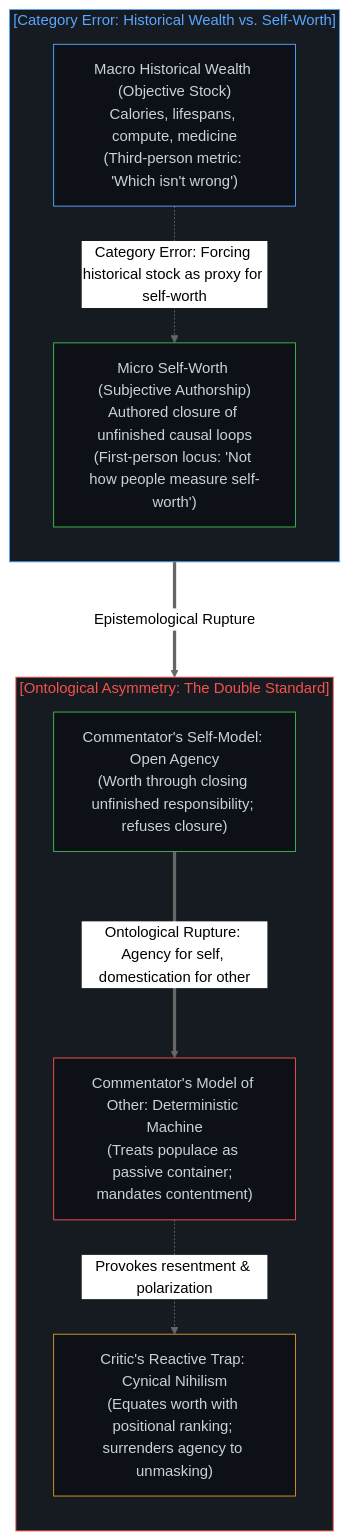
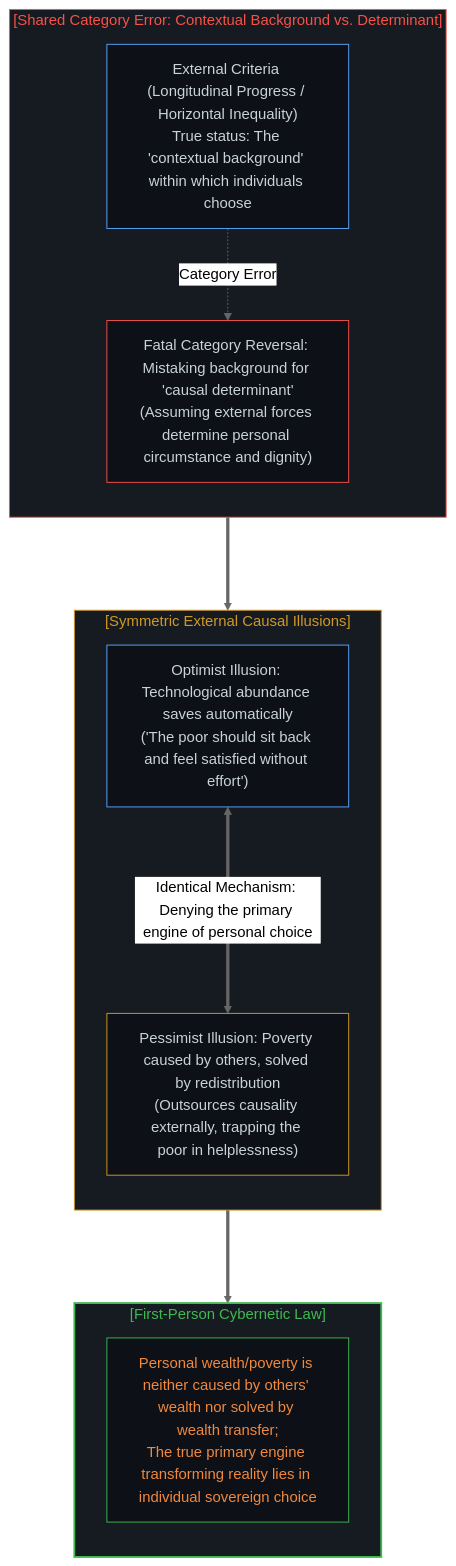
One commit to powerpig99/not-a-toe changed the fourth of 8 diagrams in content/posts/the-balcony-disciplinary-overstep-and-the-unproxyable-act.md. Above: the diagram before and after it, drawn with Mermaid (neutral theme). The commit also changed other lines of this file and 3 other files, not shown here.

Commit message:
feat(post-342): articulate shared category error and individual choice as primary engine

````diff
--- a/content/posts/the-balcony-disciplinary-overstep-and-the-unproxyable-act.md
+++ b/content/posts/the-balcony-disciplinary-overstep-and-the-unproxyable-act.md
@@ -148,28 +173,33 @@
 ```mermaid
 graph TD
-    subgraph Category_Split_EN["[Category Error: Historical Wealth vs. Self-Worth]"]
+    subgraph Shared_Error_EN["[Shared Category Error: Contextual Background vs. Determinant]"]
         direction TB
-        C1_EN["Macro Historical Wealth (Objective Stock)<br/>Calories, lifespans, compute, medicine<br/>(Third-person metric: 'Which isn't wrong')"]
-        C2_EN["Micro Self-Worth (Subjective Authorship)<br/>Authored closure of unfinished causal loops<br/>(First-person locus: 'Not how people measure self-worth')"]
-        C1_EN -.->|"Category Error: Forcing historical stock as proxy for self-worth"| C2_EN
+        E1_EN["External Criteria (Longitudinal Progress / Horizontal Inequality)<br/>True status: The 'contextual background' within which individuals choose"]
+        E2_EN["Fatal Category Reversal: Mistaking background for 'causal determinant'<br/>(Assuming external forces determine personal circumstance and dignity)"]
+        E1_EN -.->|"Category Error"| E2_EN
     end
 
-    subgraph Asymmetry_EN["[Ontological Asymmetry: The Double Standard]"]
+    subgraph Two_Illusions_EN["[Symmetric External Causal Illusions]"]
         direction TB
-        Self_Model_EN["Commentator's Self-Model: Open Agency<br/>(Worth through closing unfinished responsibility; refuses closure)"]
-        Other_Model_EN["Commentator's Model of Other: Deterministic Machine<br/>(Treats populace as passive container; mandates contentment)"]
-        Opponent_Trap_EN["Critic's Reactive Trap: Cynical Nihilism<br/>(Equates worth with positional ranking; surrenders agency to unmasking)"]
-        Self_Model_EN ===>|"Ontological Rupture: Agency for self, domestication for other"| Other_Model_EN
-        Other_Model_EN -.->|"Provokes resentment & polarization"| Opponent_Trap_EN
+        I_Opt_EN["Optimist Illusion: Technological abundance saves automatically<br/>('The poor should sit back and feel satisfied without effort')"]
+        I_Pess_EN["Pessimist Illusion: Poverty caused by others, solved by redistribution<br/>(Outsources causality externally, trapping the poor in helplessness)"]
+        I_Opt_EN <===>|"Identical Mechanism: Denying the primary engine of personal choice"| I_Pess_EN
     end
 
-    Category_Split_EN ===>|"Epistemological Rupture"| Asymmetry_EN
+    subgraph Sovereign_Truth_EN["[First-Person Cybernetic Law]"]
+        direction TB
+        ST_EN["Personal wealth/poverty is neither caused by others' wealth nor solved by wealth transfer;<br/>The true primary engine transforming reality lies in individual sovereign choice"]
+    end
 
-    style Category_Split_EN fill:#161b22,stroke:#58a6ff,stroke-width:1px,color:#58a6ff
-    style Asymmetry_EN fill:#161b22,stroke:#f85149,stroke-width:1px,color:#f85149
-    style C1_EN fill:#0d1117,stroke:#58a6ff,stroke-width:1px,color:#c9d1d9
-    style C2_EN fill:#0d1117,stroke:#3fb950,stroke-width:1px,color:#c9d1d9
-    style Self_Model_EN fill:#0d1117,stroke:#3fb950,stroke-width:1px,color:#c9d1d9
-    style Other_Model_EN fill:#0d1117,stroke:#f85149,stroke-width:1px,color:#c9d1d9
-    style Opponent_Trap_EN fill:#0d1117,stroke:#d29922,stroke-width:1px,color:#c9d1d9
+    Shared_Error_EN ===> Two_Illusions_EN
+    Two_Illusions_EN ===> Sovereign_Truth_EN
+
+    style Shared_Error_EN fill:#161b22,stroke:#f85149,stroke-width:1px,color:#f85149
+    style Two_Illusions_EN fill:#161b22,stroke:#d29922,stroke-width:1px,color:#d29922
+    style Sovereign_Truth_EN fill:#161b22,stroke:#3fb950,stroke-width:2px,color:#3fb950
+    style E1_EN fill:#0d1117,stroke:#58a6ff,stroke-width:1px,color:#c9d1d9
+    style E2_EN fill:#0d1117,stroke:#f85149,stroke-width:1px,color:#c9d1d9
+    style I_Opt_EN fill:#0d1117,stroke:#58a6ff,stroke-width:1px,color:#c9d1d9
+    style I_Pess_EN fill:#0d1117,stroke:#d29922,stroke-width:1px,color:#c9d1d9
+    style ST_EN fill:#0d1117,stroke:#3fb950,stroke-width:1px,color:#f0883e
 ```
````
